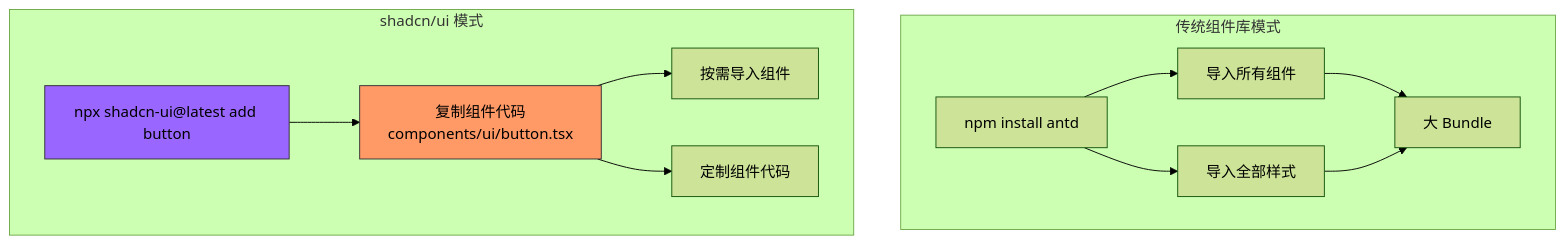
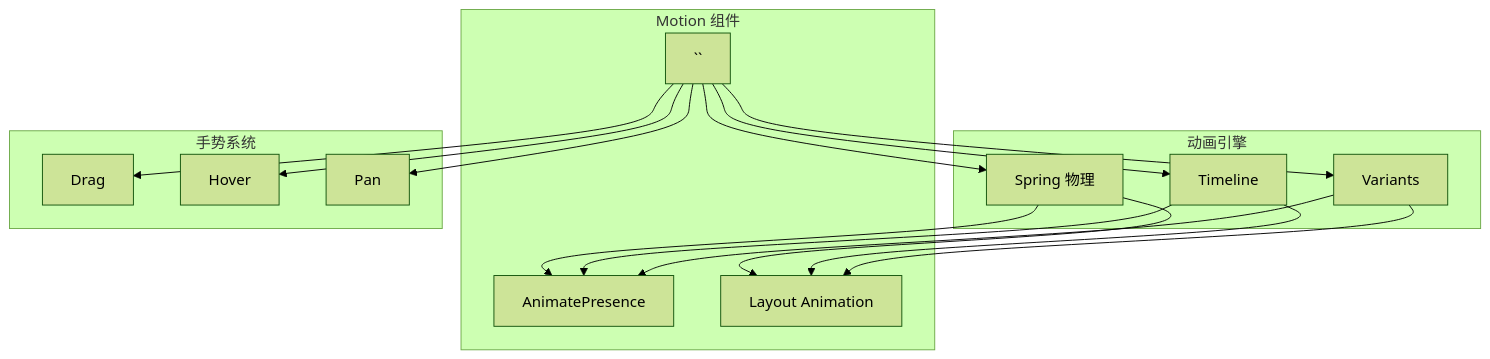
Diagram 16 of 21 in docs/open-source/trending.md (Shyu-x/frontend-interview), drawn with Mermaid (forest theme) before and after one commit. The commit also changed other lines of this file, not shown here.

First line of the commit message:
docs: 补充 NPM 周下载量 Top 100 库详细介绍

````diff
--- a/docs/open-source/trending.md
+++ b/docs/open-source/trending.md
@@ -2763,22 +3089,24 @@
 ```mermaid
 flowchart TB
-    subgraph 传统模式["传统组件库模式"]
-        NPM[npm install antd]
-        I1[导入所有组件]
-        I2[导入全部样式]
-        B[大 Bundle]
+    subgraph 组件["Motion 组件"]
+        MOT[`<motion.div>`]
+        PRES[AnimatePresence]
+        LAY[Layout Animation]
     end
 
-    subgraph shadcn 模式["shadcn/ui 模式"]
-        CLI[npx shadcn-ui@latest add button]
-        CP[复制组件代码<br/>components/ui/button.tsx]
-        C1[按需导入组件]
-        C2[定制组件代码]
+    subgraph 动画["动画引擎"]
+        VAR[Variants]
+        TIMELINE[Timeline]
+        SPRING[Spring 物理]
     end
 
-    style CLI fill:#96f,stroke:#333
-    style CP fill:#f96,stroke:#333
+    subgraph 手势["手势系统"]
+        DRAG[Drag]
+        HOVER[Hover]
+        PAN[Pan]
+    end
 
-    NPM --> I1 & I2 --> B
-    CLI --> CP --> C1 & C2
+    MOT --> VAR & TIMELINE & SPRING
+    VAR & TIMELINE & SPRING --> PRES & LAY
+    MOT --> DRAG & HOVER & PAN
 ```
````
